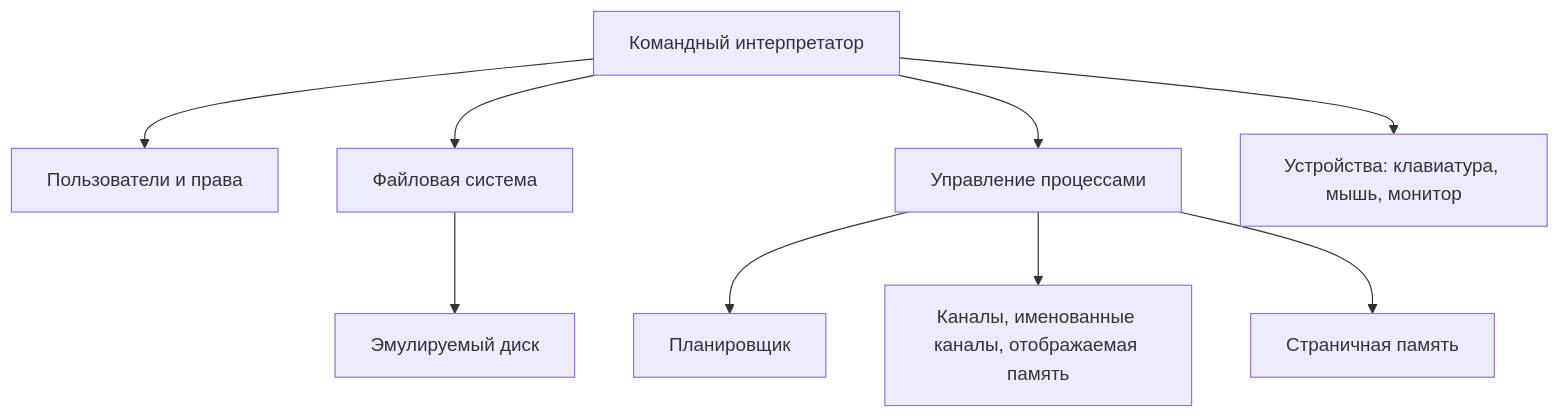
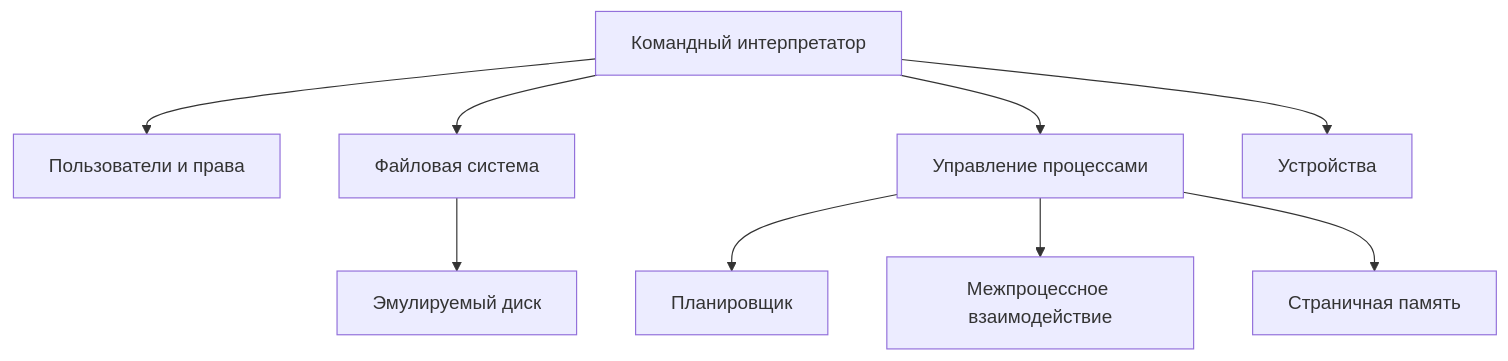
Before and after one commit to wellnamikito/quanta-os: the diagram in README.md, drawn with Mermaid. The commit also changed other lines of this file, not shown here.

````diff
--- a/README.md
+++ b/README.md
@@ -31,11 +51,13 @@
 ```mermaid
 flowchart TD
     Shell[Командный интерпретатор] --> Auth[Пользователи и права]
     Shell --> FS[Файловая система]
     Shell --> Proc[Управление процессами]
+
     Proc --> Sched[Планировщик]
-    Proc --> IPC[Каналы, именованные каналы, отображаемая память]
+    Proc --> IPC[Межпроцессное взаимодействие]
     Proc --> Mem[Страничная память]
+
     FS --> Disk[Эмулируемый диск]
-    Shell --> Dev[Устройства: клавиатура, мышь, монитор]
+    Shell --> Dev[Устройства]
 ```
````
